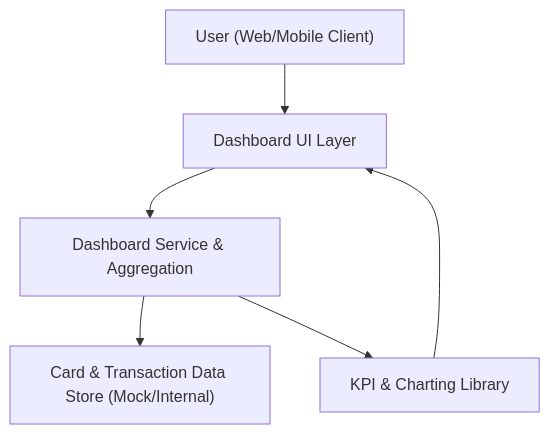
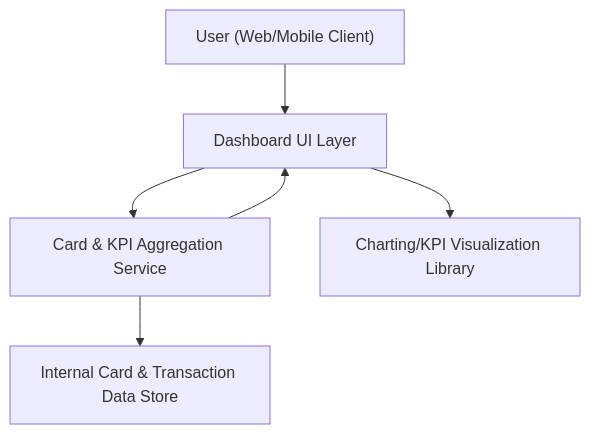
Before and after one commit to Davamani-git/APB_Demo: the diagram in HLD/QE-4816_HLD.md, drawn with Mermaid. The commit also changed other lines of this file, not shown here.

````diff
--- a/HLD/QE-4816_HLD.md
+++ b/HLD/QE-4816_HLD.md
@@ -4,14 +6,14 @@
-  ```mermaid
-  flowchart TD
+```mermaid
+flowchart TD
     U["User (Web/Mobile Client)"]
-    UI["Dashboard UI Layer"]
-    SVC["Dashboard Service & Aggregation"]
-    DS["Card & Transaction Data Store (Mock/Internal)"]
-    VIS["KPI & Charting Library"]
+    FE["Dashboard UI Layer"]
+    SVC["Card & KPI Aggregation Service"]
+    DS["Internal Card & Transaction Data Store"]
+    VIS["Charting/KPI Visualization Library"]
 
-    U --> UI
-    UI --> SVC
+    U --> FE
+    FE --> SVC
     SVC --> DS
-    SVC --> VIS
-    VIS --> UI
-  ```
+    SVC --> FE
+    FE --> VIS
+```
````
